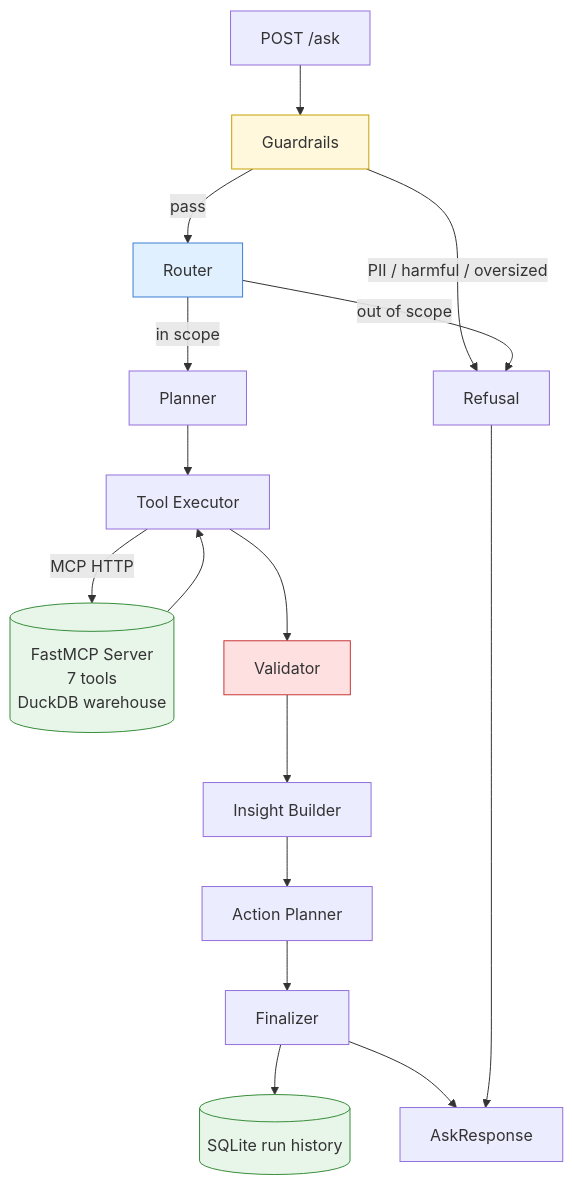
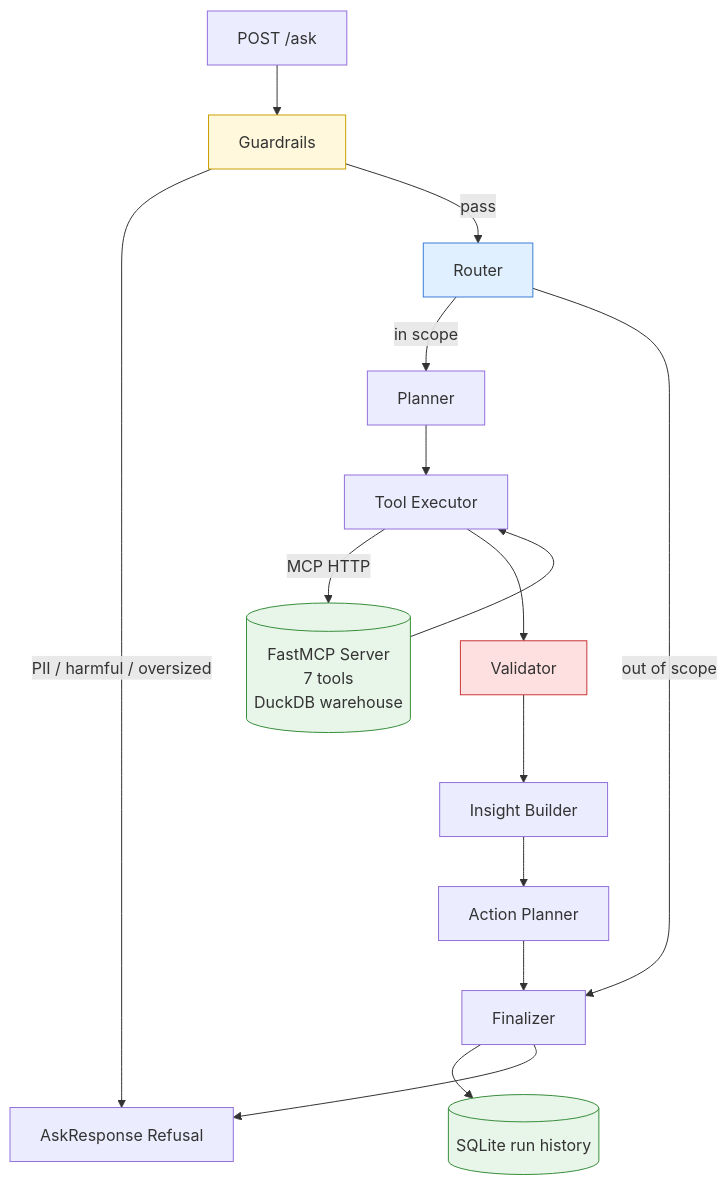
One commit to joseph280/shelfpulse changed the diagram in README.md. Above: the diagram before and after it, drawn with Mermaid.

Commit message:
docs: correct architecture diagram to match graph wiring
The Mermaid flowchart depicted a standalone Refusal node receiving
the router's out-of-scope branch. The actual implementation routes
out-of-scope through the finalizer so refusals get a trace_id and
persist to SQLite alongside successful runs. The diagram also
implied guardrails sat inside the graph; they actually run in
api/main.py before graph.ainvoke().

Updated to show guardrails as a pre-graph step that produces a
refusal response directly, router out-of-scope routing through the
finalizer, and the finalizer as the single exit point for both the
full answer and out-of-scope paths.

````diff
--- a/README.md
+++ b/README.md
@@ -5,24 +5,23 @@
 ```mermaid
 flowchart TD
     A["POST /ask"] --> B[Guardrails]
+    B -->|PII / harmful / oversized| R[AskResponse Refusal]
     B -->|pass| C[Router]
-    B -->|PII / harmful / oversized| Z[Refusal]
     C -->|in scope| D[Planner]
-    C -->|out of scope| Z
+    C -->|out of scope| I[Finalizer]
     D --> E[Tool Executor]
     E -->|MCP HTTP| M[("FastMCP Server<br/>7 tools<br/>DuckDB warehouse")]
     M --> E
     E --> F[Validator]
     F --> G[Insight Builder]
     G --> H[Action Planner]
-    H --> I[Finalizer]
+    H --> I
     I --> S[(SQLite run history)]
-    I --> R[AskResponse]
-    Z --> R
+    I --> R
 
     style B fill:#fff8dc,stroke:#c8a100
     style C fill:#e0f0ff,stroke:#3a7fd5
     style F fill:#ffe0e0,stroke:#c83737
     style M fill:#e8f5e9,stroke:#388e3c
     style S fill:#e8f5e9,stroke:#388e3c
 ```
````
